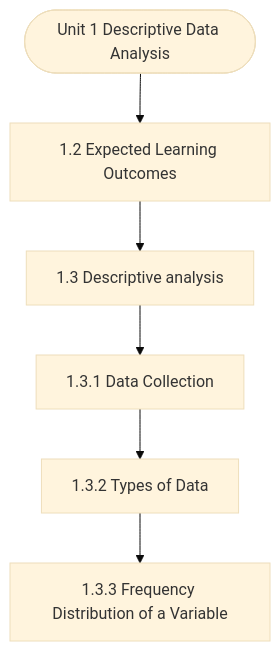
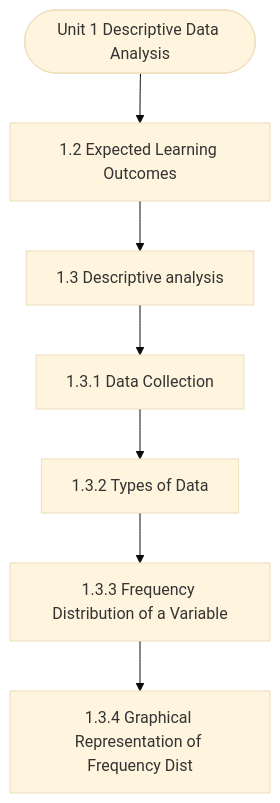
One commit to Asutosh-Coaching/mscdsa changed the diagram in notes/Semester_2/MCS-068_Predictive_Data_Analysis/unit_01_Descriptive_Data_Analysis.md. Above: the diagram before and after it, drawn with Mermaid (base theme). The commit also changed other lines of this file and 116 other files, not shown here.

````diff
--- a/notes/Semester_2/MCS-068_Predictive_Data_Analysis/unit_01_Descriptive_Data_Analysis.md
+++ b/notes/Semester_2/MCS-068_Predictive_Data_Analysis/unit_01_Descriptive_Data_Analysis.md
@@ -19,14 +19,16 @@
 ```mermaid
 flowchart TD
   Start(["Unit 1 Descriptive Data Analysis"])
   N1["1.2 Expected Learning Outcomes"]
   N2["1.3 Descriptive analysis"]
   N3["1.3.1 Data Collection"]
   N4["1.3.2 Types of Data"]
   N5["1.3.3 Frequency Distribution of a Variable"]
+  N6["1.3.4 Graphical Representation of Frequency Dist"]
   Start --> N1
   N1 --> N2
   N2 --> N3
   N3 --> N4
   N4 --> N5
+  N5 --> N6
 ```
````
